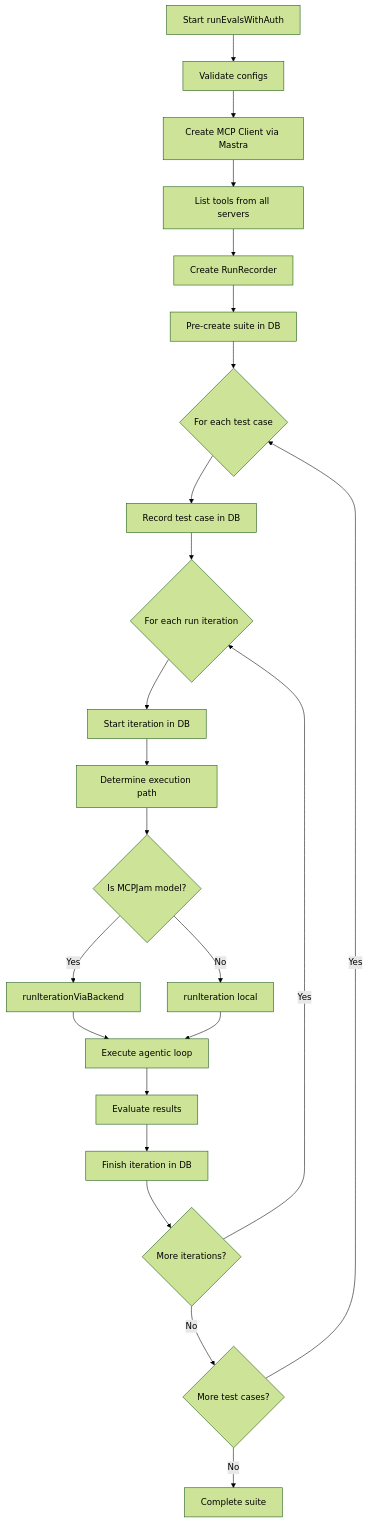
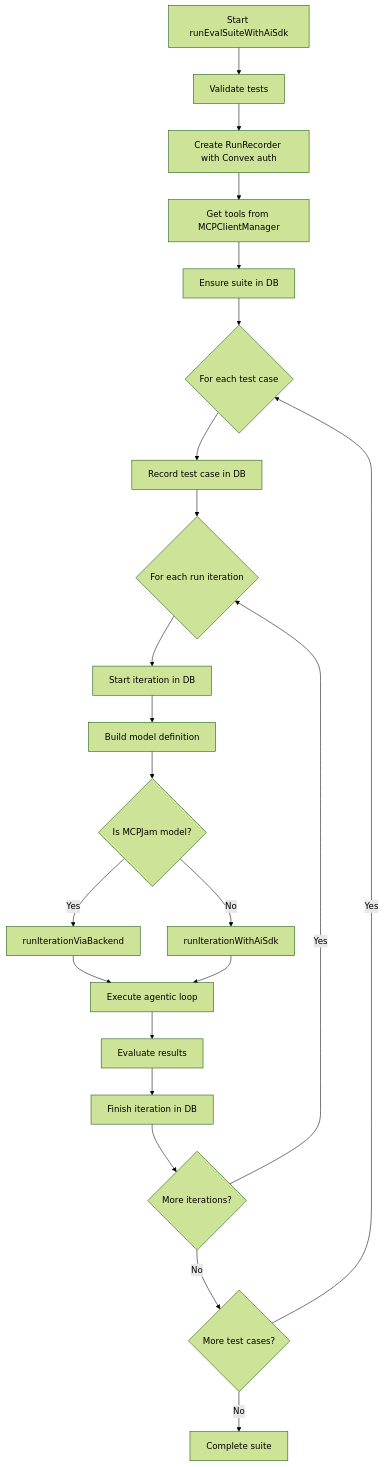
One commit to MCPJam/inspector changed the sixth of 12 diagrams in docs/contributing/evals-architecture.mdx. Above: the diagram before and after it, drawn with Mermaid (forest theme). The commit also changed other lines of this file, not shown here.

````diff
--- a/docs/contributing/evals-architecture.mdx
+++ b/docs/contributing/evals-architecture.mdx
@@ -295,30 +294,29 @@
 ```mermaid
 flowchart TD
-    A[Start runEvalsWithAuth] --> B[Validate configs]
-    B --> C[Create MCP Client via Mastra]
-    C --> D[List tools from all servers]
-    D --> E[Create RunRecorder]
-    E --> F[Pre-create suite in DB]
+    A[Start runEvalSuiteWithAiSdk] --> B[Validate tests]
+    B --> C[Create RunRecorder with Convex auth]
+    C --> D[Get tools from MCPClientManager]
+    D --> E[Ensure suite in DB]
 
-    F --> G{For each test case}
-    G --> H[Record test case in DB]
-    H --> I{For each run iteration}
-    I --> J[Start iteration in DB]
-    J --> K[Determine execution path]
+    E --> F{For each test case}
+    F --> G[Record test case in DB]
+    G --> H{For each run iteration}
+    H --> I[Start iteration in DB]
+    I --> J[Build model definition]
+    J --> K{Is MCPJam model?}
 
-    K --> L{Is MCPJam model?}
-    L -->|Yes| M[runIterationViaBackend]
-    L -->|No| N[runIteration local]
+    K -->|Yes| L[runIterationViaBackend]
+    K -->|No| M[runIterationWithAiSdk]
 
-    M --> O[Execute agentic loop]
-    N --> O
+    L --> N[Execute agentic loop]
+    M --> N
 
-    O --> P[Evaluate results]
-    P --> Q[Finish iteration in DB]
+    N --> O[Evaluate results]
+    O --> P[Finish iteration in DB]
 
-    Q --> R{More iterations?}
-    R -->|Yes| I
-    R -->|No| S{More test cases?}
-    S -->|Yes| G
-    S -->|No| T[Complete suite]
+    P --> Q{More iterations?}
+    Q -->|Yes| H
+    Q -->|No| R{More test cases?}
+    R -->|Yes| F
+    R -->|No| S[Complete suite]
 ```
````
